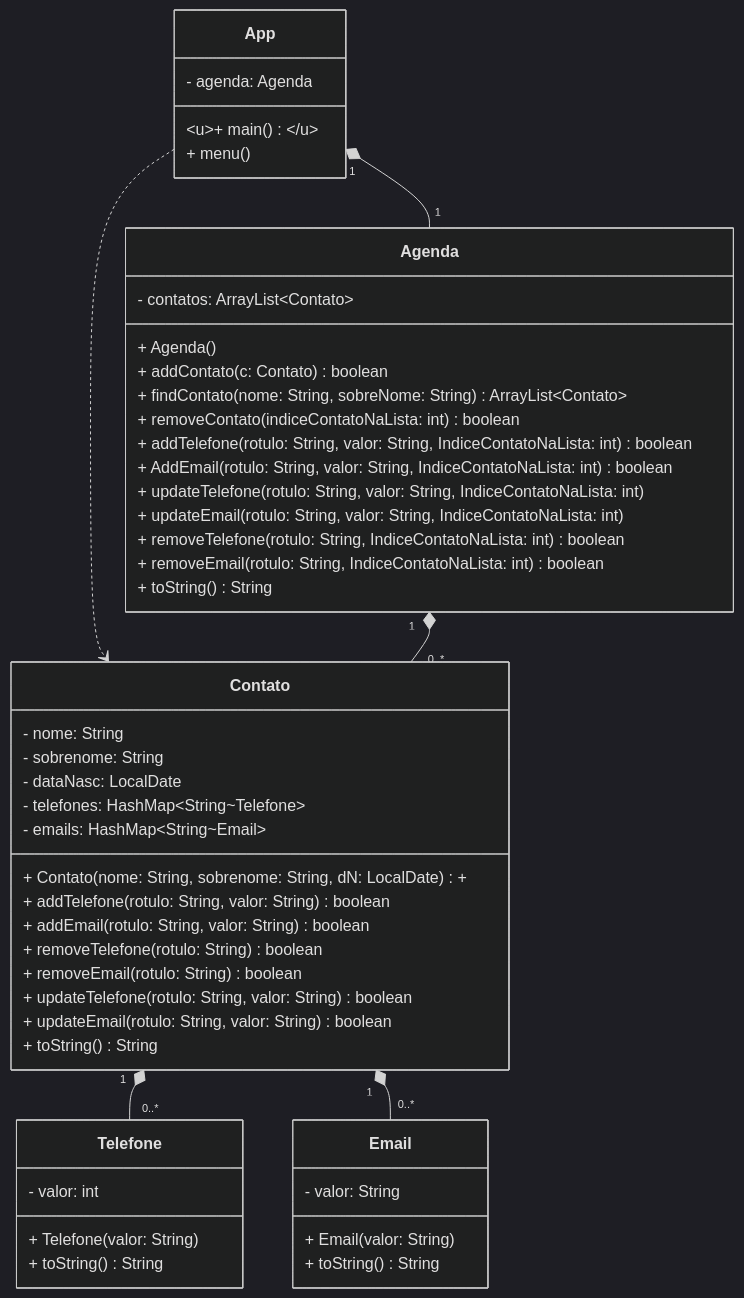
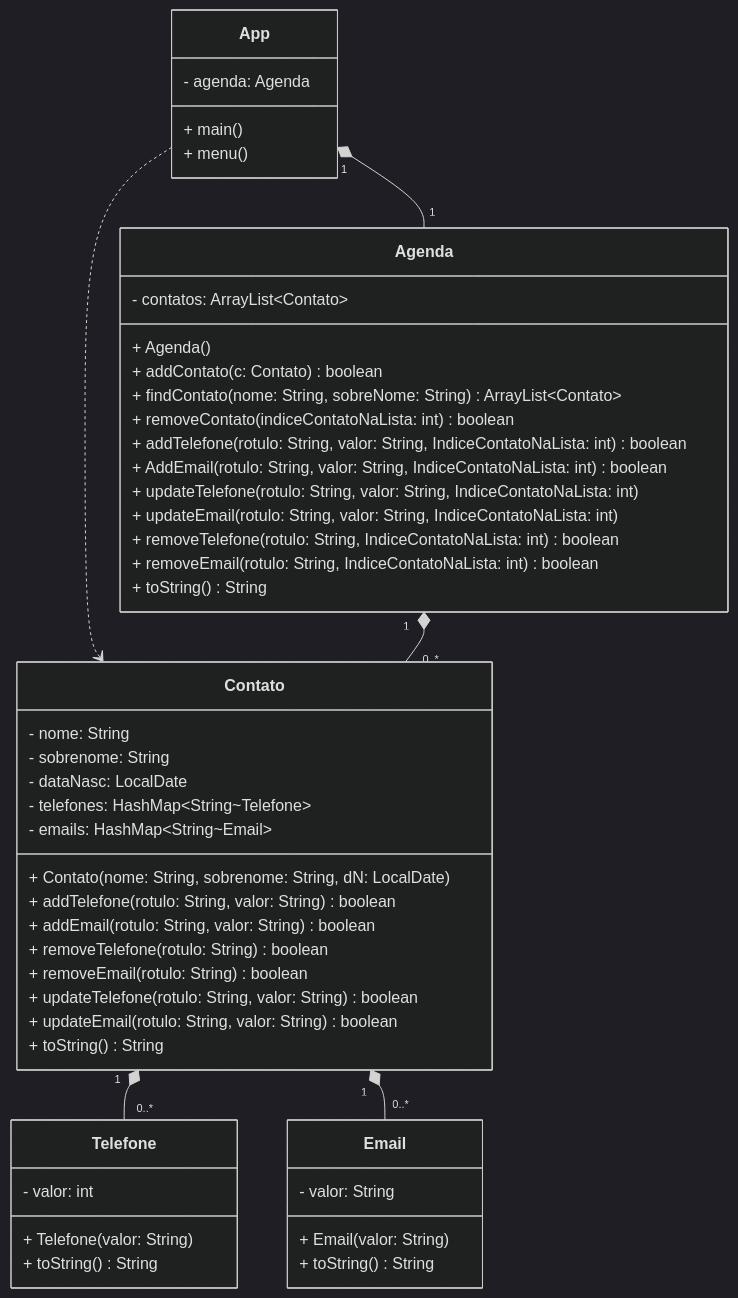
Before and after one commit to DeadPerquim/POO-ADS-2026_2: the diagram in laboratorios/lab04-2026-10-10/exercicio-Agenda-de-Contato/readme.md, drawn with Mermaid (dark theme). The commit also changed 8 other files, not shown here.

````diff
--- a/laboratorios/lab04-2026-10-10/exercicio-Agenda-de-Contato/readme.md
+++ b/laboratorios/lab04-2026-10-10/exercicio-Agenda-de-Contato/readme.md
@@ -1,60 +1,60 @@
 ```mermaid
 classDiagram
     
     class App{
         - agenda: Agenda
-        <u>+ main()</u>
+        + main()
         + menu()
     }
     class Agenda{
         - contatos: ArrayList~Contato~
         + Agenda()
         + addContato(c: Contato) boolean
         + findContato(nome: String, sobreNome: String) ArrayList~Contato~
         + removeContato(indiceContatoNaLista: int) boolean
         + addTelefone(rotulo: String, valor: String, IndiceContatoNaLista: int) boolean
         + AddEmail(rotulo: String, valor: String, IndiceContatoNaLista: int) boolean
         + updateTelefone(rotulo: String, valor: String, IndiceContatoNaLista: int )
         + updateEmail(rotulo: String, valor: String, IndiceContatoNaLista: int)
         + removeTelefone(rotulo: String, IndiceContatoNaLista: int) boolean
         + removeEmail(rotulo: String, IndiceContatoNaLista: int) boolean
         + toString() String
         
     }
     
     class Contato{
         - nome: String
         - sobrenome: String
         - dataNasc: LocalDate
         - telefones: HashMap~String~Telefone~
         - emails: HashMap~String~Email~
-        + Contato(nome: String, sobrenome: String, dN: LocalDate)+
+        + Contato(nome: String, sobrenome: String, dN: LocalDate)
         + addTelefone(rotulo: String, valor: String) boolean
         + addEmail(rotulo: String, valor: String) boolean
         + removeTelefone(rotulo: String) boolean
         + removeEmail(rotulo: String) boolean
         + updateTelefone(rotulo: String, valor: String) boolean
         + updateEmail(rotulo: String, valor: String) boolean
         + toString() String
     }
     
     class Telefone{
         - valor: int
         + Telefone(valor: String)
         + toString() String
         
     }
     class Email{
         - valor: String
         + Email(valor: String)
         + toString() String
     }
     
     App ..> Contato
     App "1" *-- "1" Agenda
     Agenda "1" *-- "0..*" Contato
     Contato "1" *-- "0..*" Telefone
     Contato "1" *-- "0..*" Email
     
     
-```
+``` 
````
